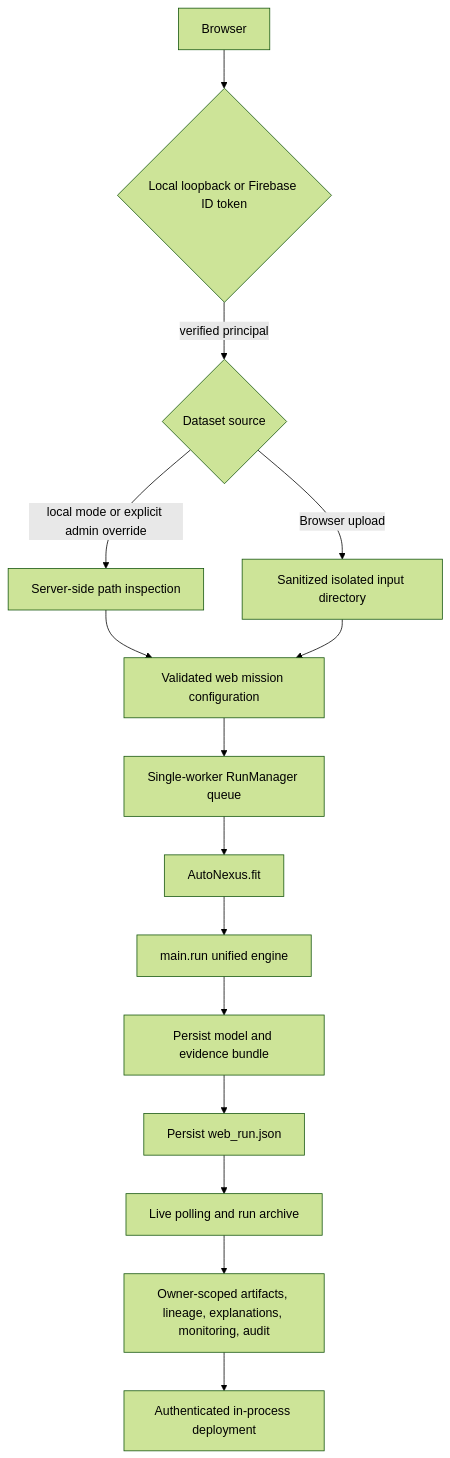
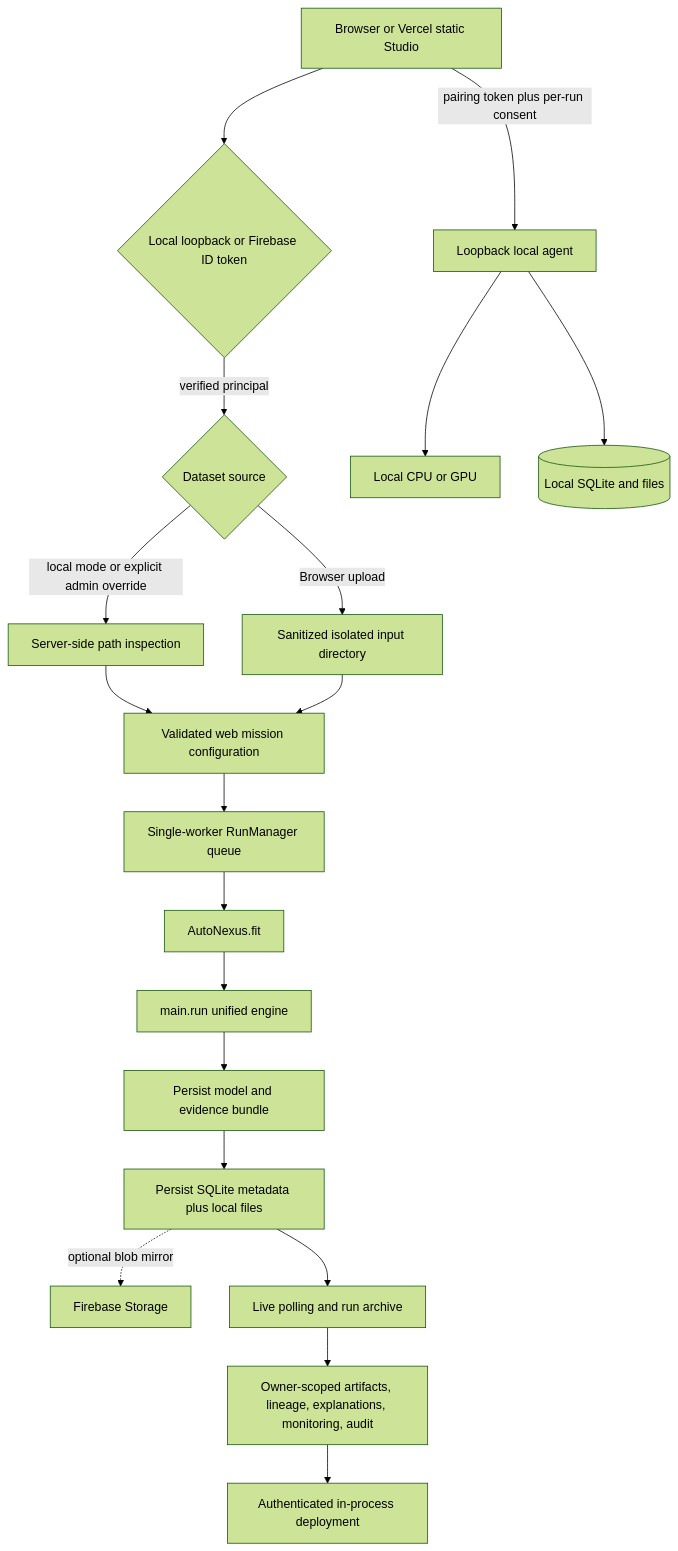
The fourth of 23 diagrams in understanding.md (dineshmc1/AutoNexus), drawn with Mermaid (forest theme) before and after one commit. The commit also changed other lines of this file and 25 other files, not shown here.

````diff
--- a/understanding.md
+++ b/understanding.md
@@ -125,17 +139,21 @@
 ```mermaid
 flowchart TD
-    A[Browser] --> Auth{Local loopback or Firebase ID token}
+    A[Browser or Vercel static Studio] --> Auth{Local loopback or Firebase ID token}
     Auth -->|verified principal| B{Dataset source}
     B -->|local mode or explicit admin override| C[Server-side path inspection]
     B -->|Browser upload| D[Sanitized isolated input directory]
     C --> E[Validated web mission configuration]
     D --> E
     E --> F[Single-worker RunManager queue]
     F --> G[AutoNexus.fit]
     G --> H[main.run unified engine]
     H --> I[Persist model and evidence bundle]
-    I --> J[Persist web_run.json]
+    I --> J[Persist SQLite metadata plus local files]
+    J -. optional blob mirror .-> FB[Firebase Storage]
     J --> K[Live polling and run archive]
     K --> L[Owner-scoped artifacts, lineage, explanations, monitoring, audit]
     L --> M[Authenticated in-process deployment]
+    A -->|pairing token plus per-run consent| Agent[Loopback local agent]
+    Agent --> GPU[Local CPU or GPU]
+    Agent --> Local[(Local SQLite and files)]
 ```
````
